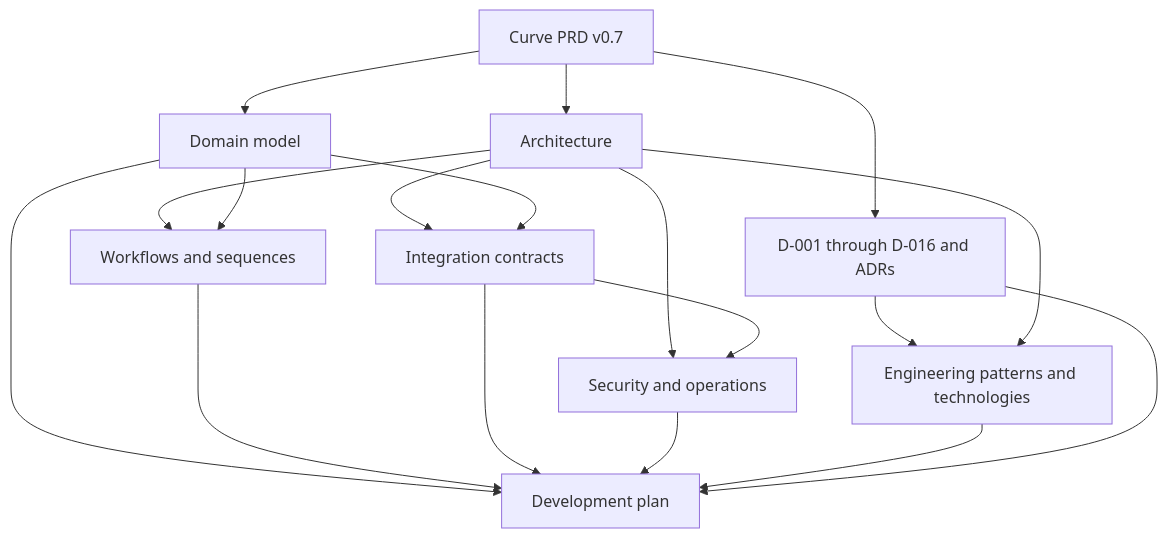
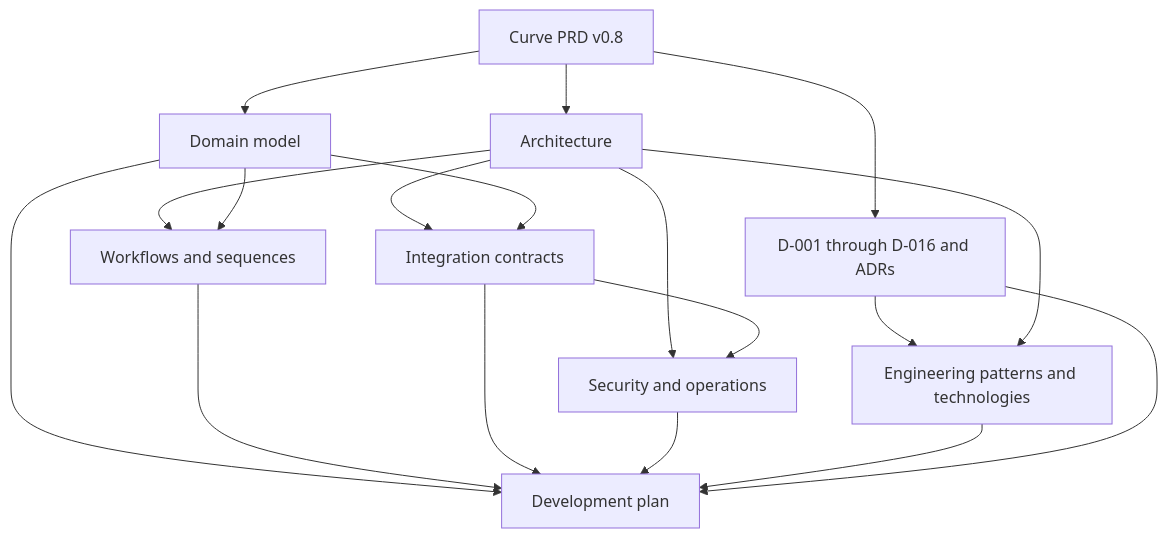
One commit to faocampo/curve changed the diagram in docs/technical/README.md. Above: the diagram before and after it, drawn with Mermaid. The commit also changed other lines of this file and 17 other files, not shown here.

````diff
--- a/docs/technical/README.md
+++ b/docs/technical/README.md
@@ -56,20 +56,20 @@
 ```mermaid
 flowchart TD
-    prd["Curve PRD v0.7"] --> decisions["D-001 through D-016 and ADRs"]
+    prd["Curve PRD v0.8"] --> decisions["D-001 through D-016 and ADRs"]
     prd --> architecture[Architecture]
     prd --> domain[Domain model]
     architecture --> workflows[Workflows and sequences]
     domain --> workflows
     architecture --> integrations[Integration contracts]
     domain --> integrations
     architecture --> security[Security and operations]
     integrations --> security
     decisions --> technology["Engineering patterns and technologies"]
     architecture --> technology
     domain --> plan[Development plan]
     workflows --> plan
     integrations --> plan
     security --> plan
     technology --> plan
     decisions --> plan
 ```
````
